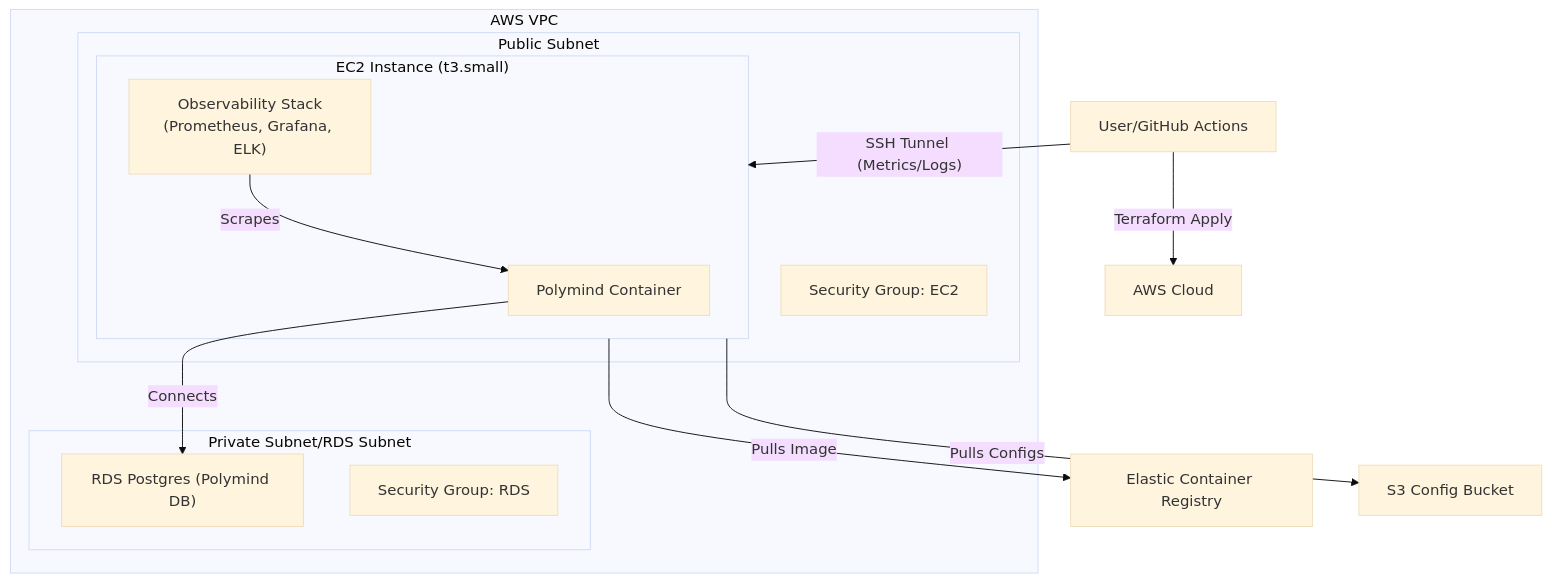
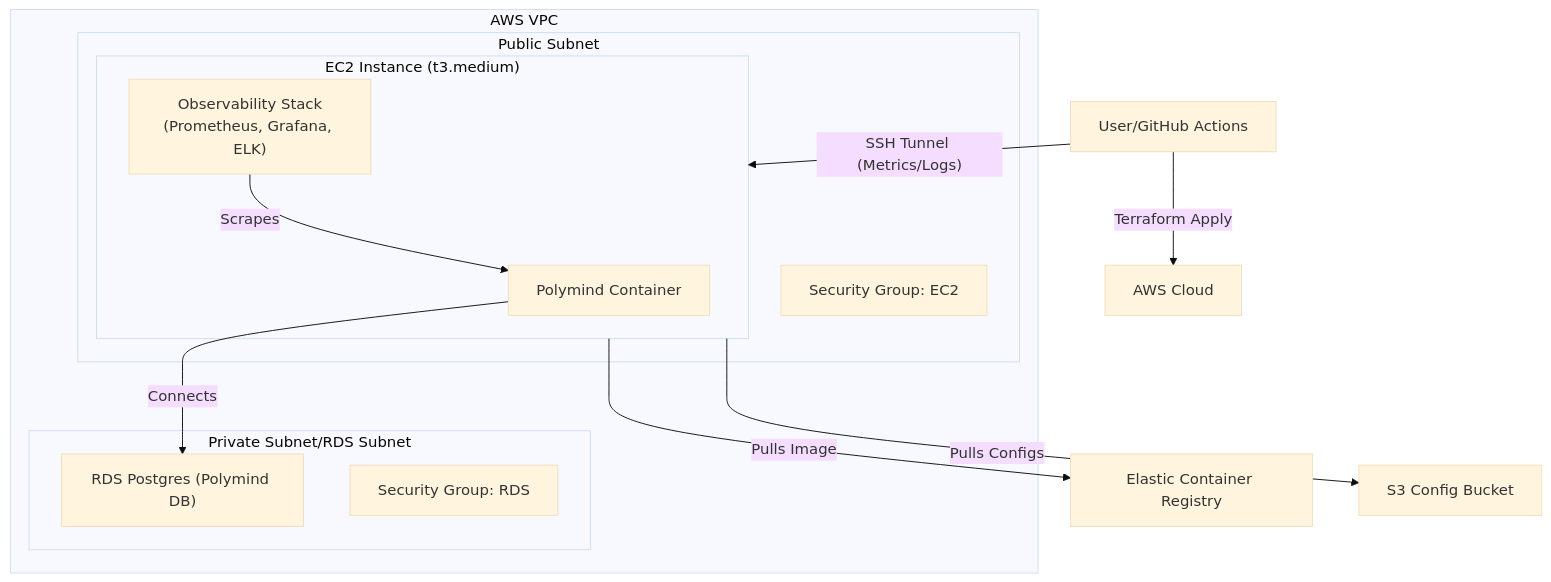
The diagram in README.md (Wad-Law/infra), drawn with Mermaid (base theme) before and after one commit. The commit also changed 1 other file, not shown here.

Commit message:
use bigger ec2 instance

````diff
--- a/README.md
+++ b/README.md
@@ -9,23 +9,23 @@
 ```mermaid
 graph TD
     User["User/GitHub Actions"] -->|Terraform Apply| AWS["AWS Cloud"]
     subgraph cloud ["AWS VPC"]
         subgraph public ["Public Subnet"]
-            subgraph instance ["EC2 Instance (t3.small)"]
+            subgraph instance ["EC2 Instance (t3.medium)"]
                 Polymind["Polymind Container"]
                 Obs["Observability Stack<br/>(Prometheus, Grafana, ELK)"]
             end
             SG_EC2["Security Group: EC2"]
         end
         subgraph private ["Private Subnet/RDS Subnet"]
             RDS["RDS Postgres (Polymind DB)"]
             SG_RDS["Security Group: RDS"]
         end
     end
     
     Polymind -->|Connects| RDS
     Obs -->|Scrapes| Polymind
     instance -->|Pulls Image| ECR["Elastic Container Registry"]
     instance -->|Pulls Configs| S3Bucket["S3 Config Bucket"]
     User -->|"SSH Tunnel (Metrics/Logs)"| instance
 ```
````
